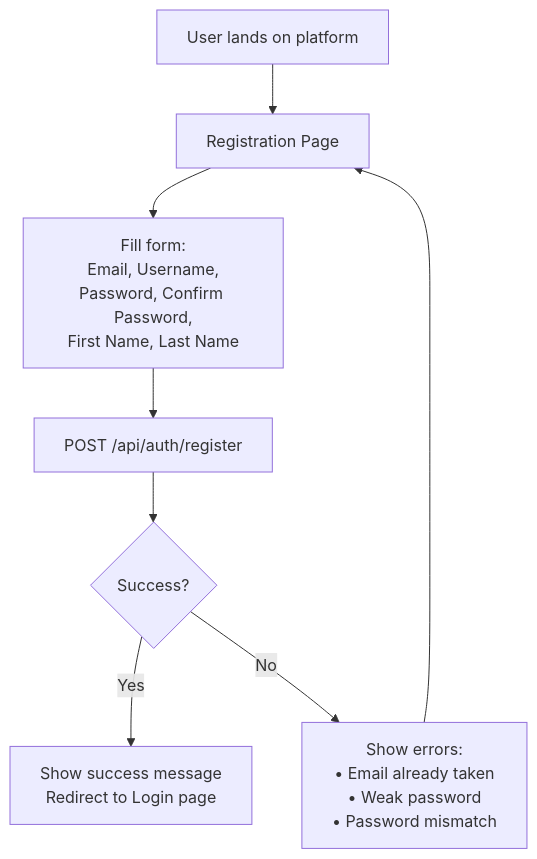
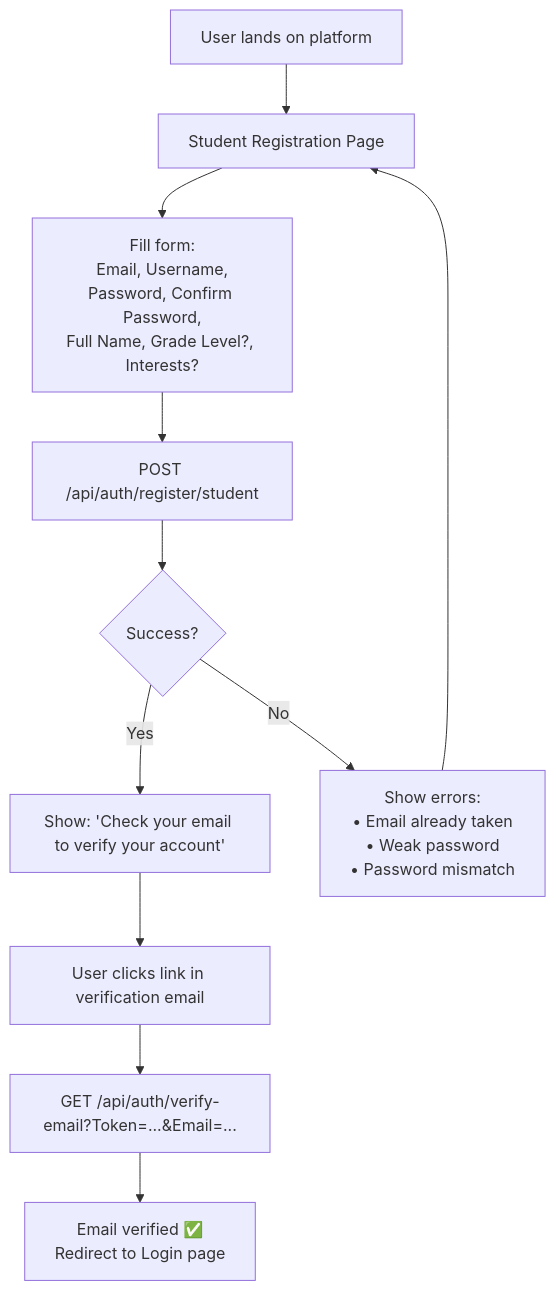
Before and after one commit to ahmedashraf0001/AI-Powered-Educational-Platform: the third of 44 diagrams in docs/USER_JOURNEY.md, drawn with Mermaid. The commit also changed other lines of this file and 58 other files, not shown here.

````diff
--- a/docs/USER_JOURNEY.md
+++ b/docs/USER_JOURNEY.md
@@ -136,10 +140,13 @@
 ```mermaid
 flowchart TD
-    A["User lands on platform"] --> B["Registration Page"]
-    B --> C["Fill form:<br/>Email, Username,<br/>Password, Confirm Password,<br/>First Name, Last Name"]
-    C --> D["POST /api/auth/register"]
+    A["User lands on platform"] --> B["Student Registration Page"]
+    B --> C["Fill form:<br/>Email, Username,<br/>Password, Confirm Password,<br/>Full Name, Grade Level?, Interests?"]
+    C --> D["POST /api/auth/register/student"]
     D --> E{Success?}
-    E -->|Yes| F["Show success message<br/>Redirect to Login page"]
+    E -->|Yes| F["Show: 'Check your email to verify your account'"]
+    F --> V["User clicks link in verification email"]
+    V --> W["GET /api/auth/verify-email?Token=...&Email=..."]
+    W --> X["Email verified ✅<br/>Redirect to Login page"]
     E -->|No| G["Show errors:<br/>• Email already taken<br/>• Weak password<br/>• Password mismatch"]
     G --> B
 ```
````
